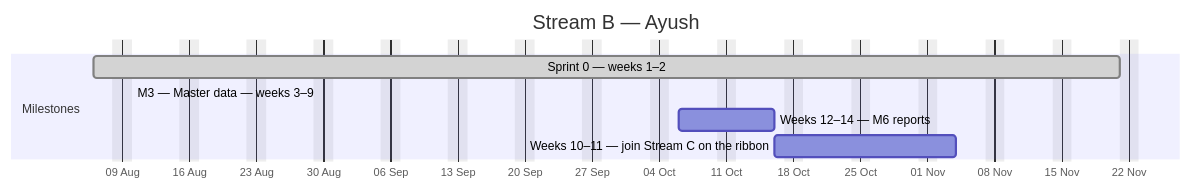
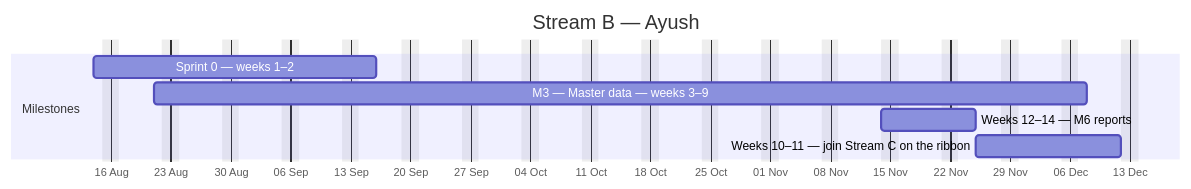
One commit to debashisedunext/EduTrack changed the second of 4 diagrams in docs/plan/GANTT.md. Above: the diagram before and after it, drawn with Mermaid. The commit also changed other lines of this file and 3 other files, not shown here.

````diff
--- a/docs/plan/GANTT.md
+++ b/docs/plan/GANTT.md
@@ -144,12 +156,12 @@
 ```mermaid
 gantt
     dateFormat YYYY-MM-DD
     axisFormat %d %b
     title Stream B — Ayush
     excludes weekends
     section Milestones
-    Sprint 0 — weeks 1–2 :done, b0, 2026-08-06, 77d
-    M3 — Master data — weeks 3–9 :active, b1, 2026-08-10, -17d
-    Weeks 12–14 — M6 reports :b2, 2026-10-06, 8d
-    Weeks 10–11 — join Stream C on the ribbon :b3, 2026-10-16, 13d
+    Sprint 0 — weeks 1–2 :b0, 2026-08-14, 23d
+    M3 — Master data — weeks 3–9 :b1, 2026-08-21, 77d
+    Weeks 12–14 — M6 reports :b2, 2026-11-14, 8d
+    Weeks 10–11 — join Stream C on the ribbon :b3, 2026-11-25, 13d
 ```
````
